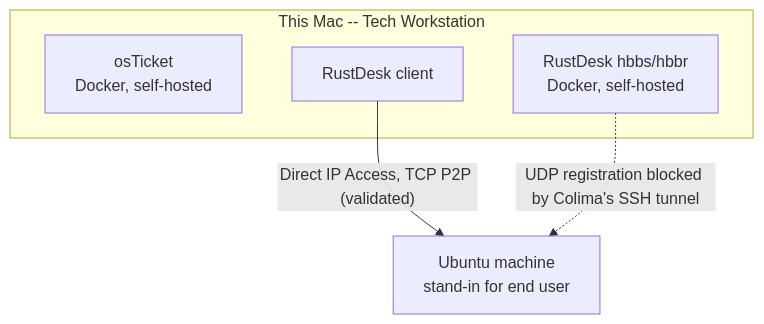
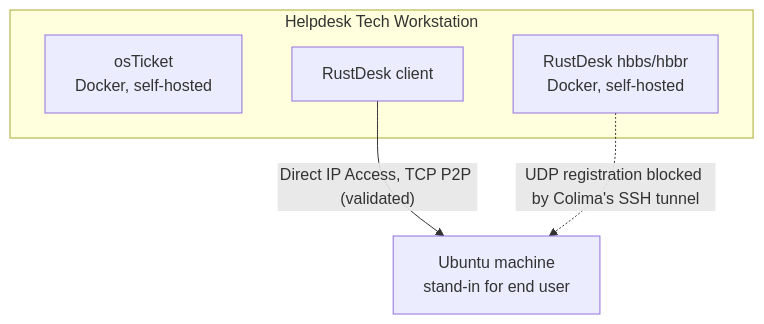
One commit to owenncampbell/helpdesk-lab changed the diagram in README.md. Above: the diagram before and after it, drawn with Mermaid. The commit also changed other lines of this file, not shown here.

Commit message:
Rename architecture section and drop 'this Mac' framing

````diff
--- a/README.md
+++ b/README.md
@@ -18,12 +18,12 @@
 ```mermaid
 flowchart TB
-    subgraph MAC[This Mac -- Tech Workstation]
+    subgraph TECH[Helpdesk Tech Workstation]
         TICKET[osTicket<br/>Docker, self-hosted]
         HBBS[RustDesk hbbs/hbbr<br/>Docker, self-hosted]
         RDCLIENT[RustDesk client]
     end
     UBUNTU[Ubuntu machine<br/>stand-in for end user]
 
     RDCLIENT -- "Direct IP Access, TCP P2P (validated)" --> UBUNTU
     HBBS -. "UDP registration blocked by Colima's SSH tunnel" .-> UBUNTU
 ```
````
